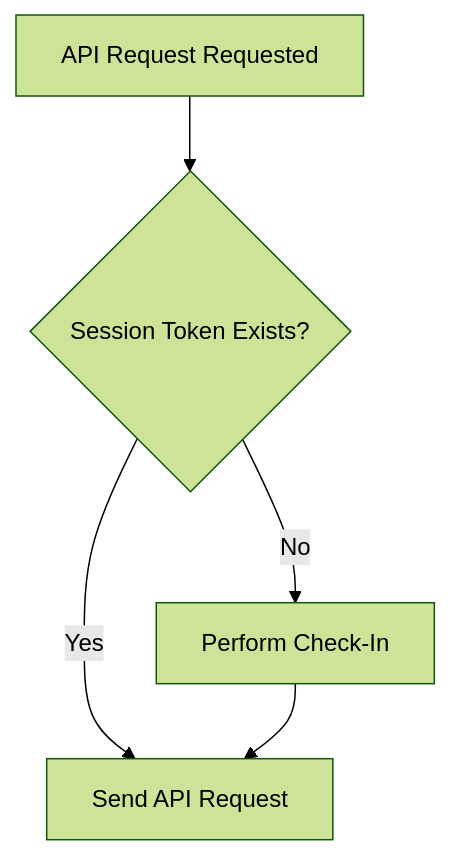
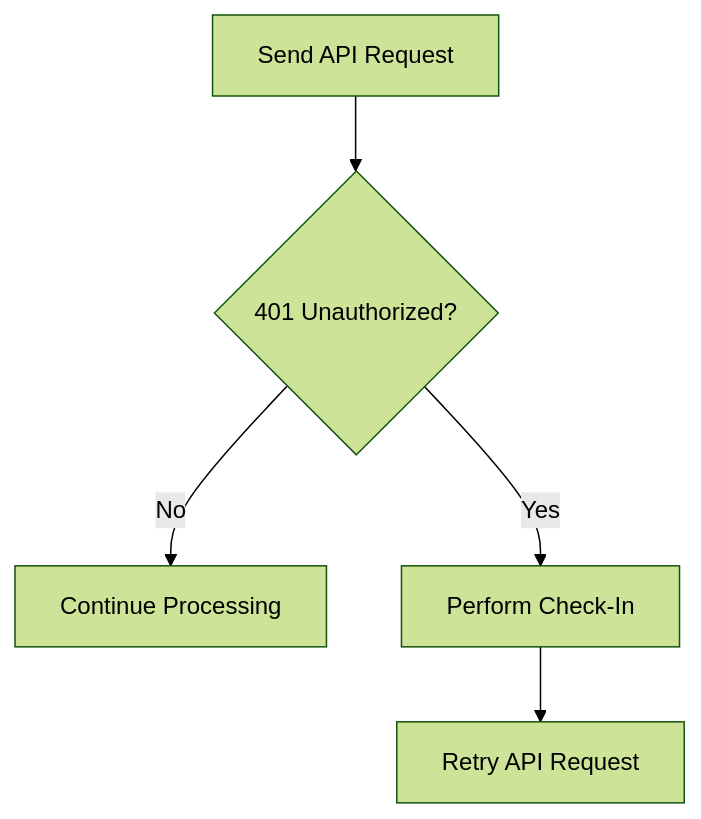
The first of 2 diagrams in docs/technical/flow-authentication.md (RichardSkeen/WeatherMule), drawn with Mermaid (forest theme) before and after one commit. The commit also changed other lines of this file and 8 other files, not shown here.

````diff
--- a/docs/technical/flow-authentication.md
+++ b/docs/technical/flow-authentication.md
@@ -58,18 +55,13 @@
 ```mermaid
 flowchart TD
-
-    A[API Request Requested]
-
-    B{Session Token Exists?}
-
-    C[Send API Request]
-
+    A[Send API Request]
+    B{401 Unauthorized?}
+    C[Continue Processing]
     D[Perform Check-In]
+    E[Retry API Request]
 
     A --> B
-
-    B -->|Yes| C
-    B -->|No| D
-
-    D --> C
+    B -->|No| C
+    B -->|Yes| D
+    D --> E
 ```
````
